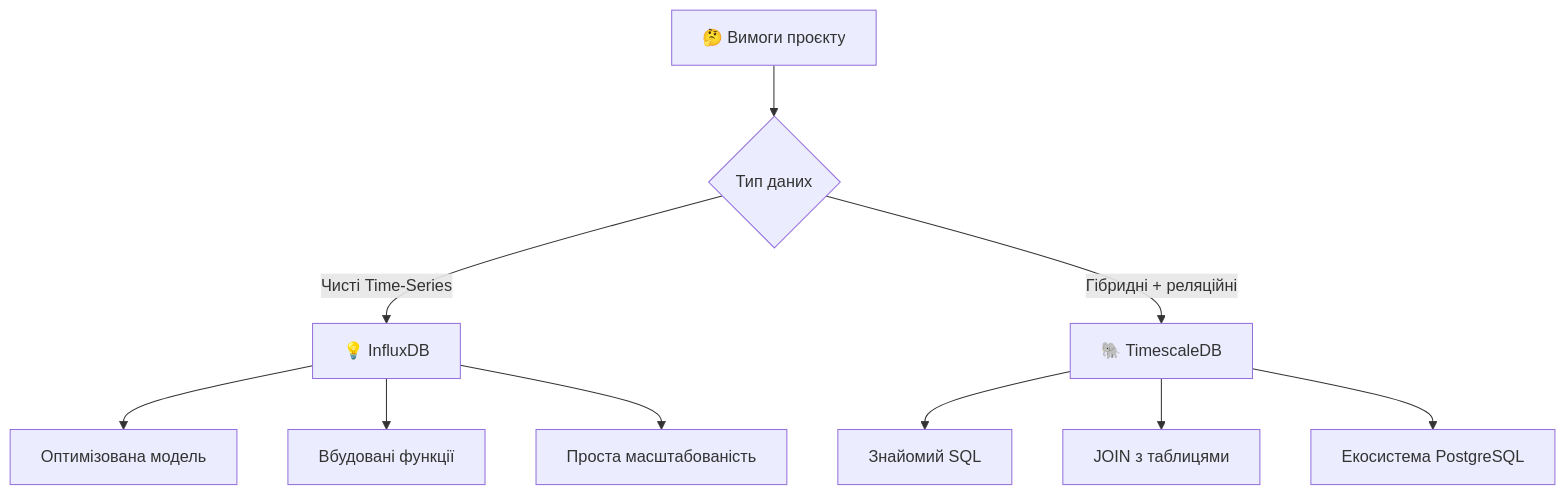
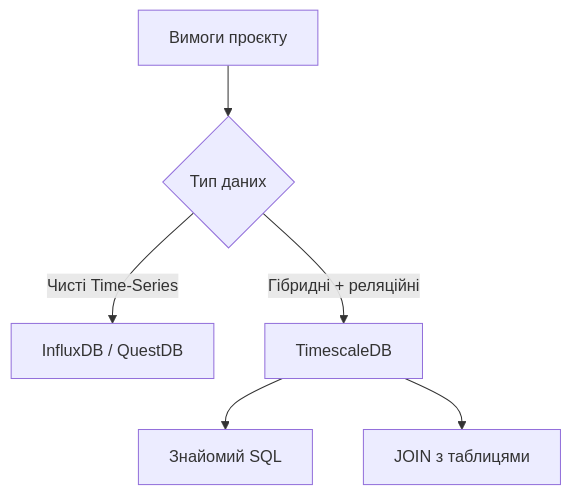
One commit to olroi421/course-bd changed the second of 5 diagrams in presentations/presentation-21.md. Above: the diagram before and after it, drawn with Mermaid. The commit also changed other lines of this file and 26 other files, not shown here.

````diff
--- a/presentations/presentation-21.md
+++ b/presentations/presentation-21.md
@@ -191,14 +97,9 @@
 ```mermaid
 graph TB
-    A[🤔 Вимоги проєкту] --> B{Тип даних}
-    B -->|Чисті Time-Series| C[💡 InfluxDB]
-    B -->|Гібридні + реляційні| D[🐘 TimescaleDB]
-
-    C --> E1[Оптимізована модель]
-    C --> E2[Вбудовані функції]
-    C --> E3[Проста масштабованість]
+    A[Вимоги проєкту] --> B{Тип даних}
+    B -->|Чисті Time-Series| C[InfluxDB / QuestDB]
+    B -->|Гібридні + реляційні| D[TimescaleDB]
 
     D --> F1[Знайомий SQL]
     D --> F2[JOIN з таблицями]
-    D --> F3[Екосистема PostgreSQL]
 ```
````
